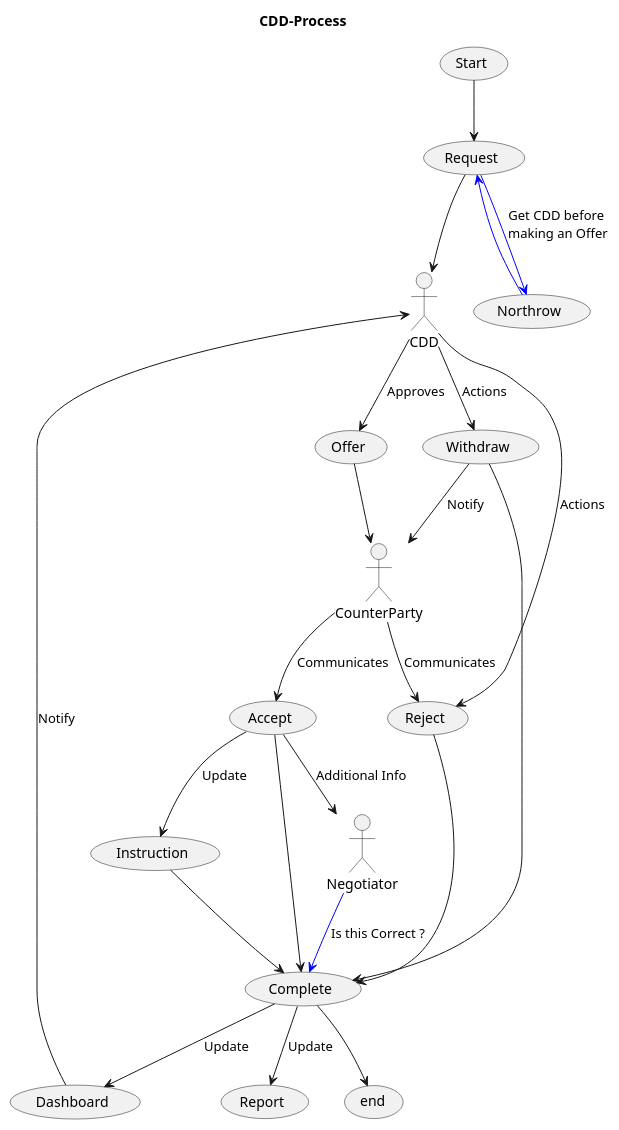
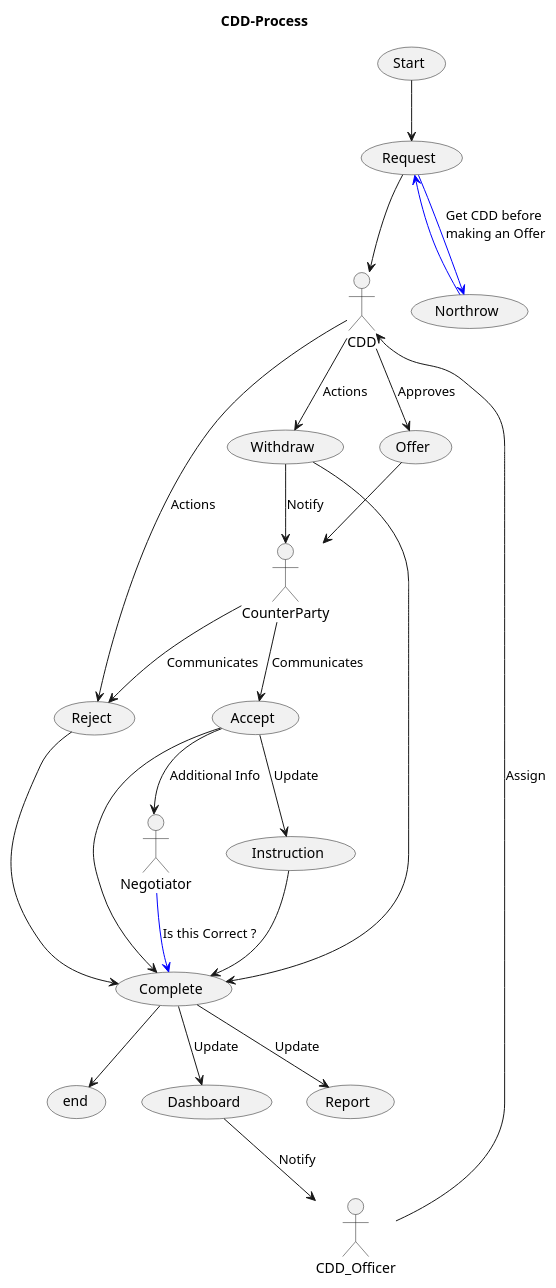
The diagram in assets/CDD-Process1.puml (Kf-GaryNewport/Kf-GaryNewport.github.io), drawn with PlantUML before and after one commit. The commit also changed 1 other file, not shown here.

```diff
--- a/assets/CDD-Process1.puml
+++ b/assets/CDD-Process1.puml
@@ -1,33 +1,34 @@
 @startuml CDDProcess
 
 title CDD-Process
 
 (Start) --> (Request)
 (Request) --> CDD
 (Request) -[#0000FF]-> (Northrow) : Get CDD before \nmaking an Offer
 (Northrow) -[#0000FF]-> (Request)  
   
 CDD --> (Offer) : Approves
 CDD --> (Withdraw) : Actions
 CDD --> (Reject) : Actions
 
 (Offer) --> CounterParty  
 (Withdraw) --> CounterParty : Notify
 CounterParty --> (Accept) : Communicates
 CounterParty --> (Reject) : Communicates
 
 (Accept) --> (Complete)
 (Accept) --> Negotiator : Additional Info
 (Accept) --> (Instruction) : Update
 Negotiator -[#0000FF]-> (Complete) : Is this Correct ?
 (Instruction) --> (Complete) 
 
 (Reject) --> (Complete)
 (Withdraw) --> (Complete)
 
 (Complete) --> (Dashboard) : Update
 (Complete) --> (Report) : Update
-(Dashboard) --> CDD : Notify
+(Dashboard) --> CDD_Officer : Notify
+CDD_Officer --> CDD : Assign
 (Complete) --> (end)
 
 @enduml
```
